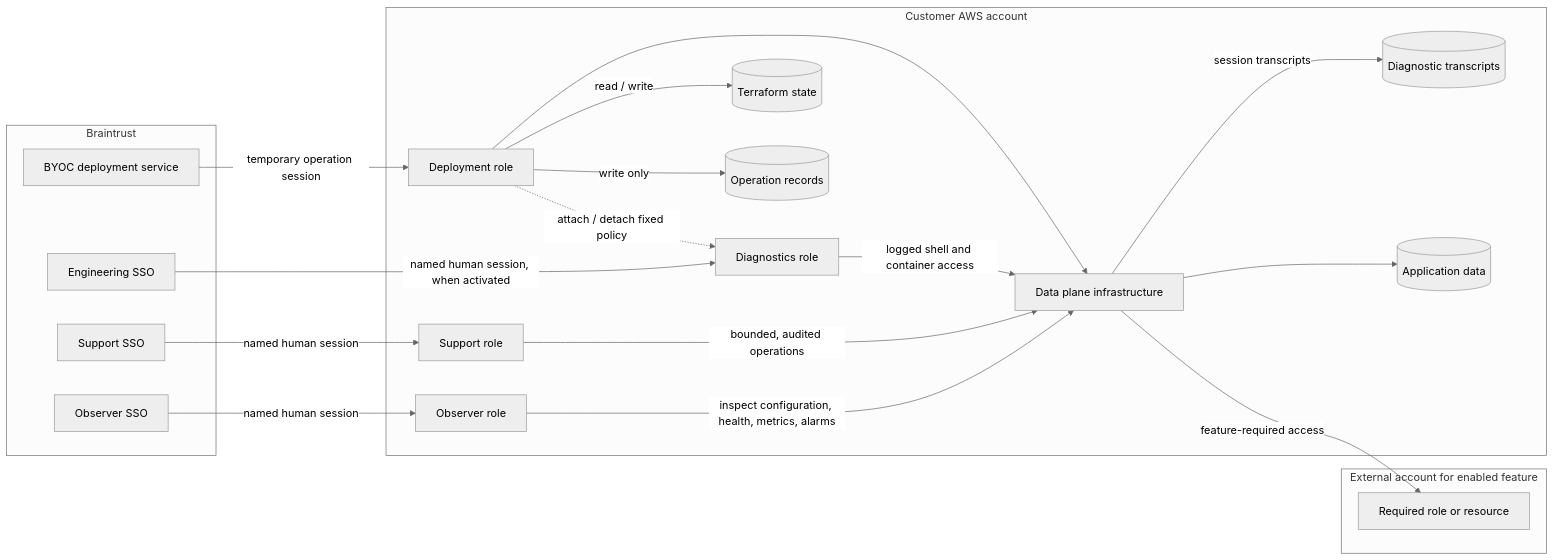
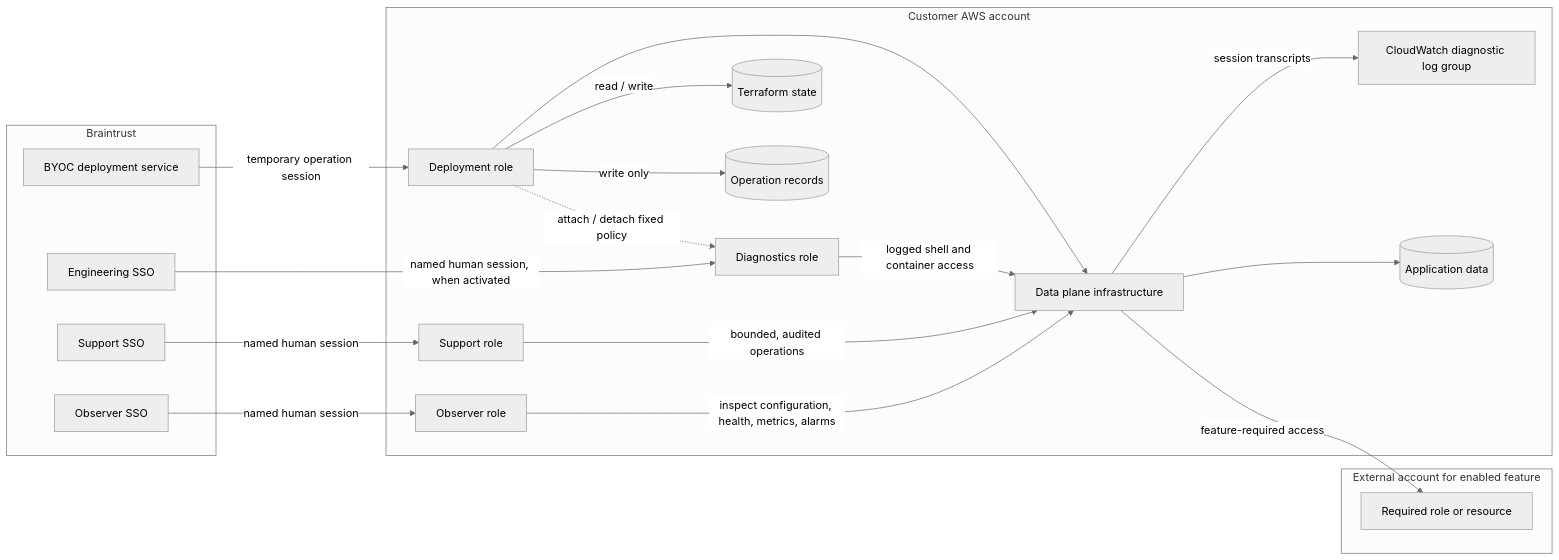
Before and after one commit to braintrustdata/terraform-aws-braintrust-data-plane: the first of 2 diagrams in managed-byoc-v2/README.md, drawn with Mermaid (neutral theme). The commit also changed other lines of this file and 1 other file, not shown here.

Commit message:
Clarify BYOC diagnostic logging and optional audit archive

````diff
--- a/managed-byoc-v2/README.md
+++ b/managed-byoc-v2/README.md
@@ -38,40 +38,40 @@
 ```mermaid
 flowchart LR
     subgraph Braintrust
         M[BYOC deployment service]
         H[Support SSO]
         O[Observer SSO]
         E[Engineering SSO]
     end
 
     subgraph Customer AWS account
         D[Deployment role]
         S[Support role]
         R[Observer role]
         G[Diagnostics role]
-        C[(Diagnostic transcripts)]
+        C[CloudWatch diagnostic log group]
         T[(Terraform state)]
         L[(Operation records)]
         I[Data plane infrastructure]
         A[(Application data)]
     end
 
     subgraph External account for enabled feature
         X[Required role or resource]
     end
 
     M -->|temporary operation session| D
     H -->|named human session| S
     O -->|named human session| R
     D -->|read / write| T
     D -->|write only| L
     D --> I
     D -.->|attach / detach fixed policy| G
     E -->|named human session, when activated| G
     G -->|logged shell and container access| I
     I -->|session transcripts| C
     S -->|bounded, audited operations| I
     R -->|inspect configuration, health, metrics, alarms| I
     I --> A
     I -->|feature-required access| X
 ```
````
